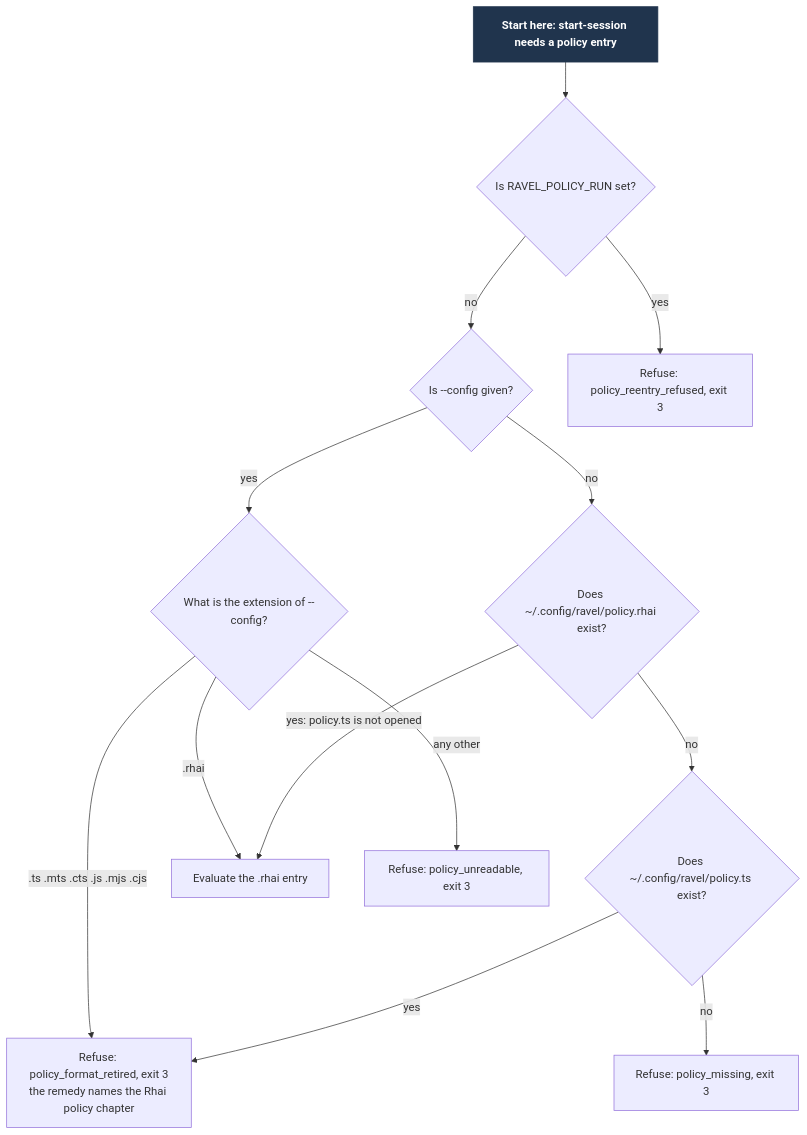
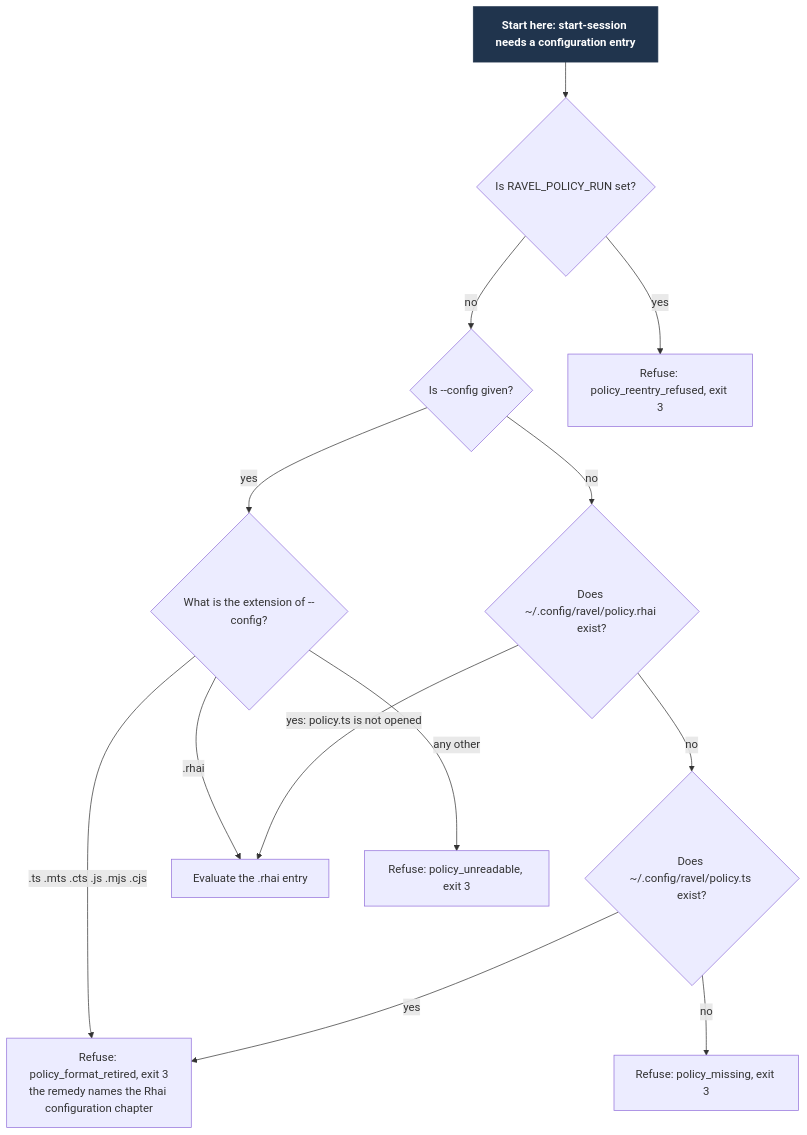
Before and after one commit to Linkuistics/Ravel: the diagram in docs/design/rhai-policy/entry-precedence.mmd, drawn with Mermaid. The commit also changed 16 other files, not shown here.

```diff
--- a/docs/design/rhai-policy/entry-precedence.mmd
+++ b/docs/design/rhai-policy/entry-precedence.mmd
@@ -1,26 +1,26 @@
 flowchart TD
-  start["Start here: start-session needs a policy entry"]
+  start["Start here: start-session needs a configuration entry"]
   reentry{"Is RAVEL_POLICY_RUN set?"}
   config{"Is --config given?"}
   ext{"What is the extension of --config?"}
   rhai{"Does ~/.config/ravel/policy.rhai exist?"}
   ts{"Does ~/.config/ravel/policy.ts exist?"}
   eval["Evaluate the .rhai entry"]
-  retired["Refuse: policy_format_retired, exit 3<br/>the remedy names the Rhai policy chapter"]
+  retired["Refuse: policy_format_retired, exit 3<br/>the remedy names the Rhai configuration chapter"]
   missing["Refuse: policy_missing, exit 3"]
   unreadable["Refuse: policy_unreadable, exit 3"]
   reent["Refuse: policy_reentry_refused, exit 3"]
   start --> reentry
   reentry -->|yes| reent
   reentry -->|no| config
   config -->|yes| ext
   ext -->|".rhai"| eval
   ext -->|".ts .mts .cts .js .mjs .cjs"| retired
   ext -->|"any other"| unreadable
   config -->|no| rhai
   rhai -->|"yes: policy.ts is not opened"| eval
   rhai -->|no| ts
   ts -->|yes| retired
   ts -->|no| missing
   classDef start fill:#20344d,color:#fff,stroke:#20344d,font-weight:bold
   class start start
```
